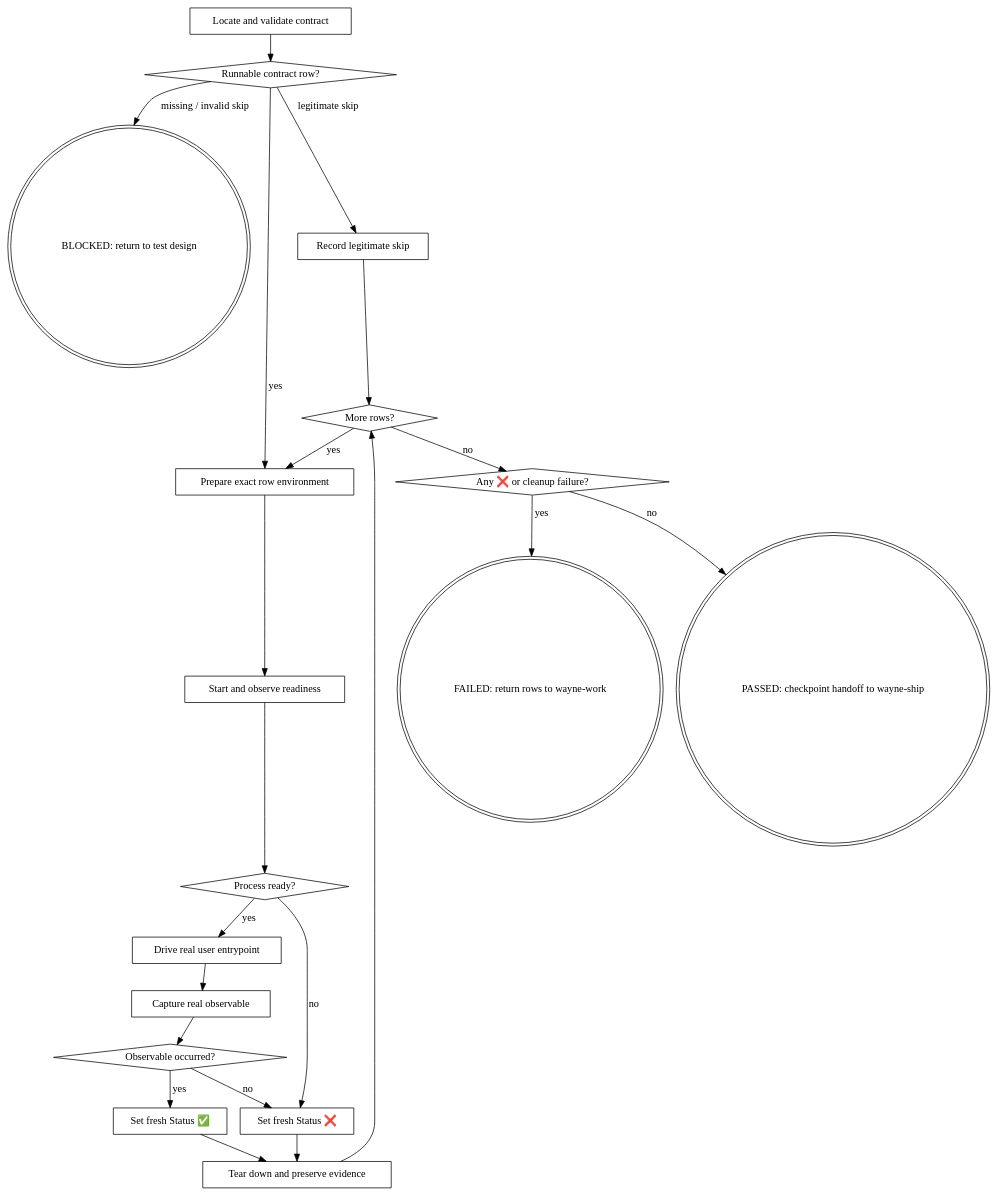
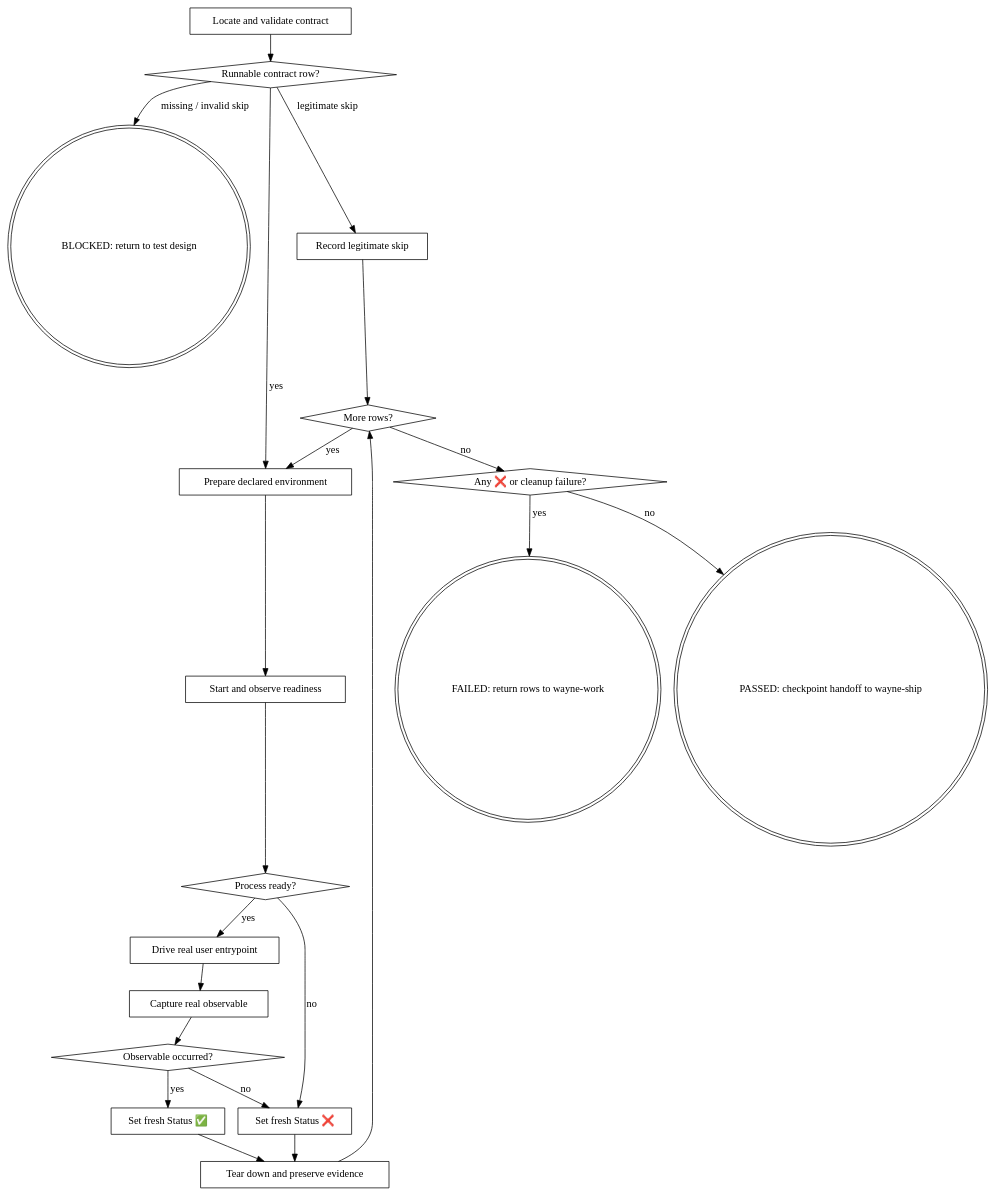
The diagram in wayne-verify/SKILL.md (waynejing995/wayne-taste), drawn with Graphviz before and after one commit. The commit also changed other lines of this file and 4 other files, not shown here.

````diff
--- a/wayne-verify/SKILL.md
+++ b/wayne-verify/SKILL.md
@@ -24,43 +24,43 @@
 ```dot
 digraph verify {
     rankdir=TB;
     A [label="Locate and validate contract", shape=box];
     B [label="Runnable contract row?", shape=diamond];
     X [label="BLOCKED: return to test design", shape=doublecircle];
     K [label="Record legitimate skip", shape=box];
-    C [label="Prepare exact row environment", shape=box];
+    C [label="Prepare declared environment", shape=box];
     D [label="Start and observe readiness", shape=box];
     E [label="Process ready?", shape=diamond];
     F [label="Drive real user entrypoint", shape=box];
     G [label="Capture real observable", shape=box];
     H [label="Observable occurred?", shape=diamond];
     P [label="Set fresh Status ✅", shape=box];
     N [label="Set fresh Status ❌", shape=box];
     T [label="Tear down and preserve evidence", shape=box];
     M [label="More rows?", shape=diamond];
     Q [label="Any ❌ or cleanup failure?", shape=diamond];
     W [label="FAILED: return rows to wayne-work", shape=doublecircle];
     S [label="PASSED: checkpoint handoff to wayne-ship", shape=doublecircle];
 
     A -> B;
     B -> X [label="missing / invalid skip"];
     B -> K [label="legitimate skip"];
     B -> C [label="yes"];
     K -> M;
     C -> D;
     D -> E;
     E -> N [label="no"];
     E -> F [label="yes"];
     F -> G;
     G -> H;
     H -> P [label="yes"];
     H -> N [label="no"];
     P -> T;
     N -> T;
     T -> M;
     M -> C [label="yes"];
     M -> Q [label="no"];
     Q -> W [label="yes"];
     Q -> S [label="no"];
 }
 ```
````
